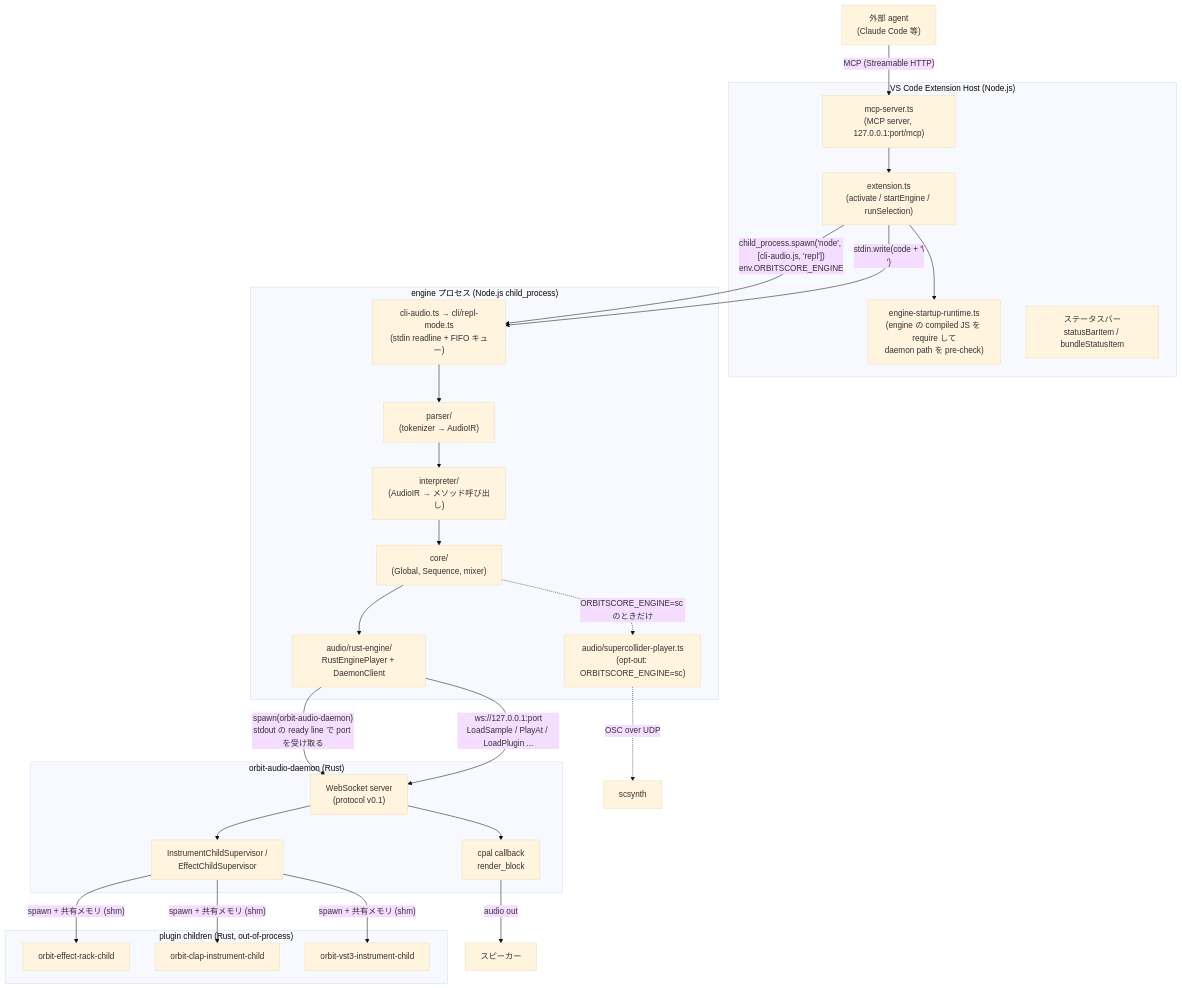
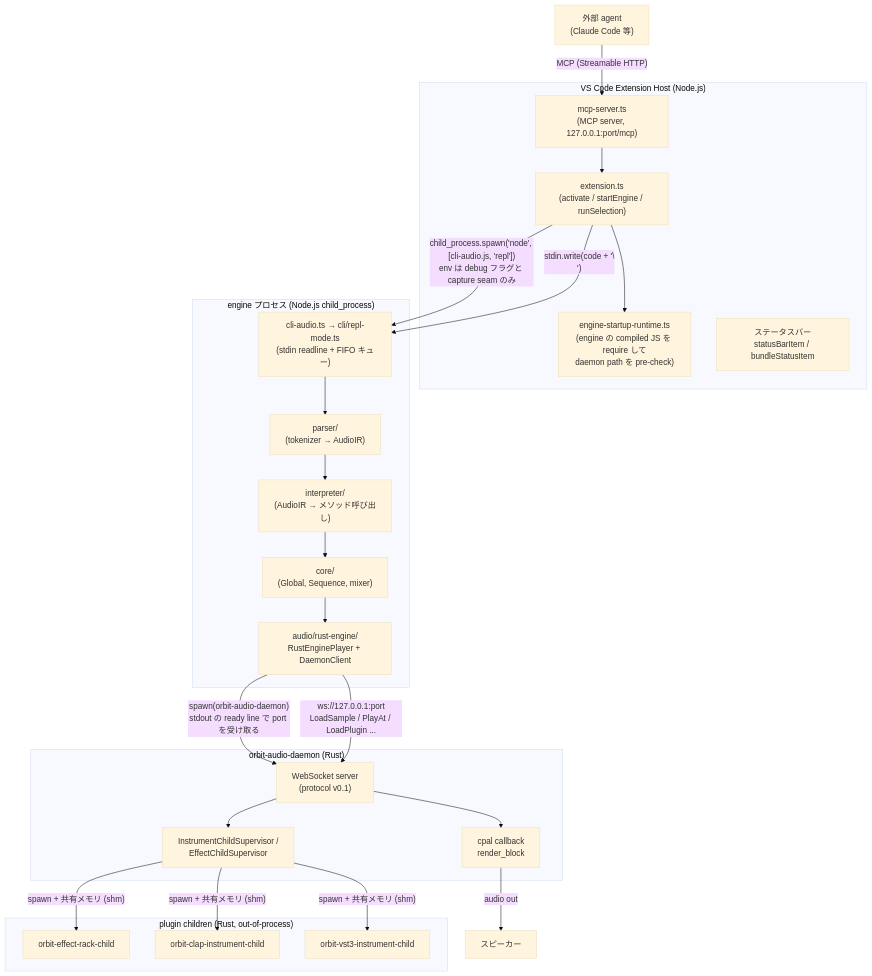
One commit to signalcompose/orbitscore changed the first of 2 diagrams in sites/dev/orientation/architecture-overview.md. Above: the diagram before and after it, drawn with Mermaid (base theme). The commit also changed other lines of this file and 17 other files, not shown here.

````diff
--- a/sites/dev/orientation/architecture-overview.md
+++ b/sites/dev/orientation/architecture-overview.md
@@ -29,47 +29,44 @@
 ```mermaid
 graph TD
   subgraph "VS Code Extension Host (Node.js)"
     EXT["extension.ts\n(activate / startEngine / runSelection)"]
     MCP["mcp-server.ts\n(MCP server, 127.0.0.1:port/mcp)"]
     RESOLVER["engine-startup-runtime.ts\n(engine の compiled JS を require して\ndaemon path を pre-check)"]
     STATUS["ステータスバー\nstatusBarItem / bundleStatusItem"]
   end
 
   subgraph "engine プロセス (Node.js child_process)"
     CLI["cli-audio.ts → cli/repl-mode.ts\n(stdin readline + FIFO キュー)"]
     PARSER["parser/\n(tokenizer → AudioIR)"]
     INTERP["interpreter/\n(AudioIR → メソッド呼び出し)"]
     CORE["core/\n(Global, Sequence, mixer)"]
     PLAYER["audio/rust-engine/\nRustEnginePlayer + DaemonClient"]
-    SC["audio/supercollider-player.ts\n(opt-out: ORBITSCORE_ENGINE=sc)"]
   end
 
   subgraph "orbit-audio-daemon (Rust)"
     WS["WebSocket server\n(protocol v0.1)"]
     RENDER["cpal callback\nrender_block"]
     SUP["InstrumentChildSupervisor /\nEffectChildSupervisor"]
   end
 
   subgraph "plugin children (Rust, out-of-process)"
     CHILD1["orbit-effect-rack-child"]
     CHILD2["orbit-clap-instrument-child"]
     CHILD3["orbit-vst3-instrument-child"]
   end
 
   AGENT["外部 agent\n(Claude Code 等)"] -->|"MCP (Streamable HTTP)"| MCP
   MCP --> EXT
-  EXT -->|"child_process.spawn('node', [cli-audio.js, 'repl'])\nenv.ORBITSCORE_ENGINE"| CLI
+  EXT -->|"child_process.spawn('node', [cli-audio.js, 'repl'])\nenv は debug フラグと capture seam のみ"| CLI
   EXT -->|"stdin.write(code + '\\n')"| CLI
   EXT --> RESOLVER
   CLI --> PARSER --> INTERP --> CORE --> PLAYER
-  CORE -.->|"ORBITSCORE_ENGINE=sc のときだけ"| SC
   PLAYER -->|"spawn(orbit-audio-daemon)\nstdout の ready line で port を受け取る"| WS
   PLAYER -->|"ws://127.0.0.1:port\nLoadSample / PlayAt / LoadPlugin ..."| WS
   WS --> RENDER
   WS --> SUP
   SUP -->|"spawn + 共有メモリ (shm)"| CHILD1
   SUP -->|"spawn + 共有メモリ (shm)"| CHILD2
   SUP -->|"spawn + 共有メモリ (shm)"| CHILD3
   RENDER -->|"audio out"| DAC["スピーカー"]
-  SC -.->|"OSC over UDP"| SCSYNTH["scsynth"]
 ```
````
